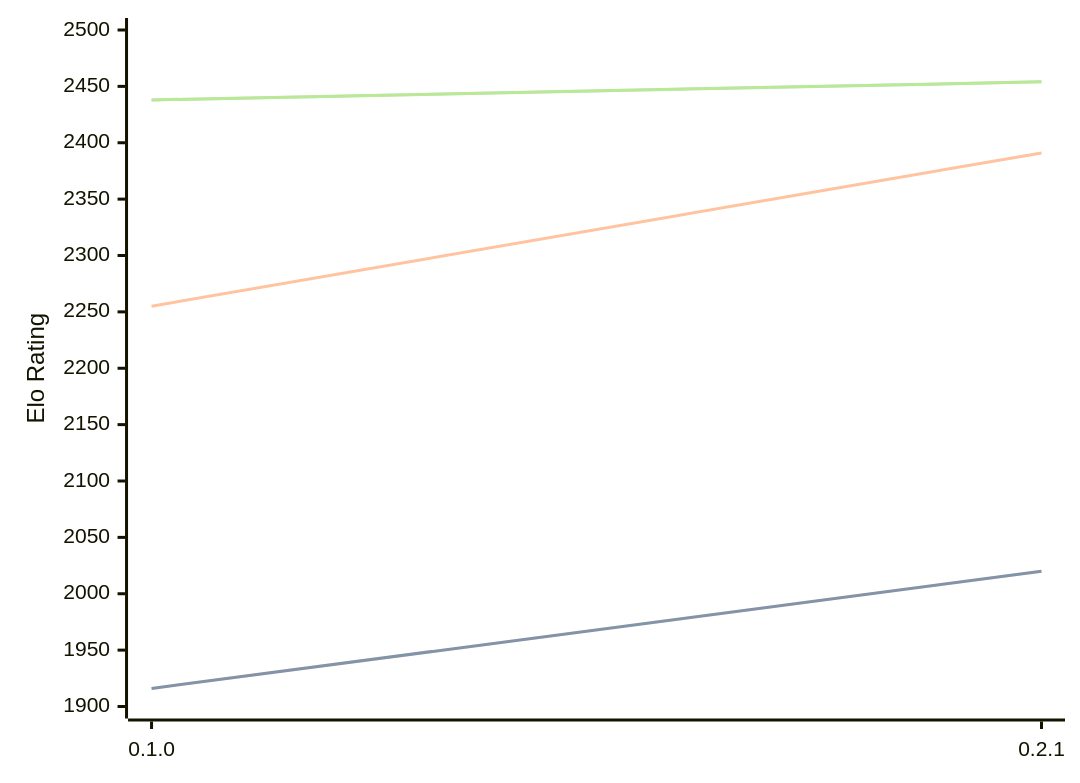
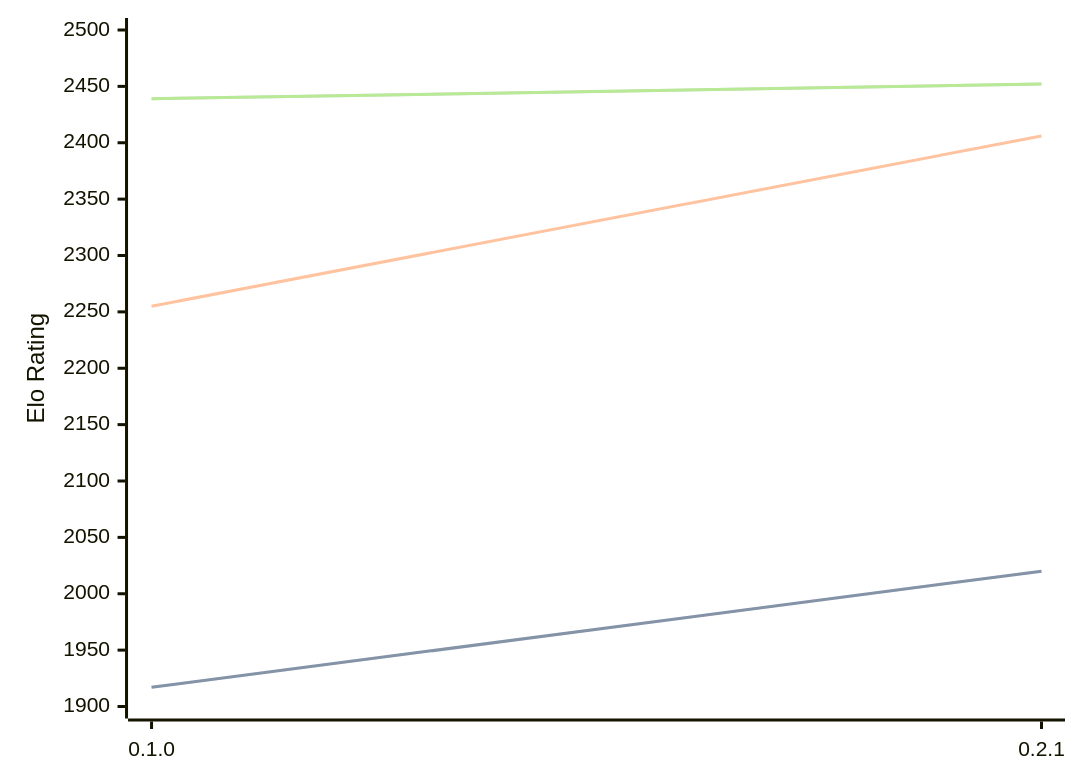
The diagram in engines/Sykora.md (computer-chess-index/cci), drawn with Mermaid before and after one commit. The commit also changed other lines of this file, not shown here.

Commit message:
Update CCI Ratings (ELO VLTC) - 2026-04-02

````diff
--- a/engines/Sykora.md
+++ b/engines/Sykora.md
@@ -33,11 +33,11 @@
 ```mermaid
 %%{init: {"theme":"base","themeVariables":{"seriesColors:['#a3a3a3','#222221','#faa371']}}}%%
 xychart-beta
   x-axis ["0.1.0", "0.2.1"]
   y-axis "Elo Rating" 1900 --> 2500
-  line "STC (8.0+0.08s)" [1916, 2020]
-  line "STC (8.0+0.08s)" [1916, 2020]
-  line "LTC (60.0+0.60s)" [2255, 2391]
-  line "VLTC (2m24s+1.12s)" [2438, 2454]
-  line "VLTC (2m24s+1.12s)" [2438, 2454]
+  line "STC (8.0+0.08s)" [1917, 2020]
+  line "STC (8.0+0.08s)" [1917, 2020]
+  line "LTC (60.0+0.60s)" [2255, 2406]
+  line "VLTC (2m24s+1.12s)" [2439, 2452]
+  line "VLTC (2m24s+1.12s)" [2439, 2452]
 ```
````
